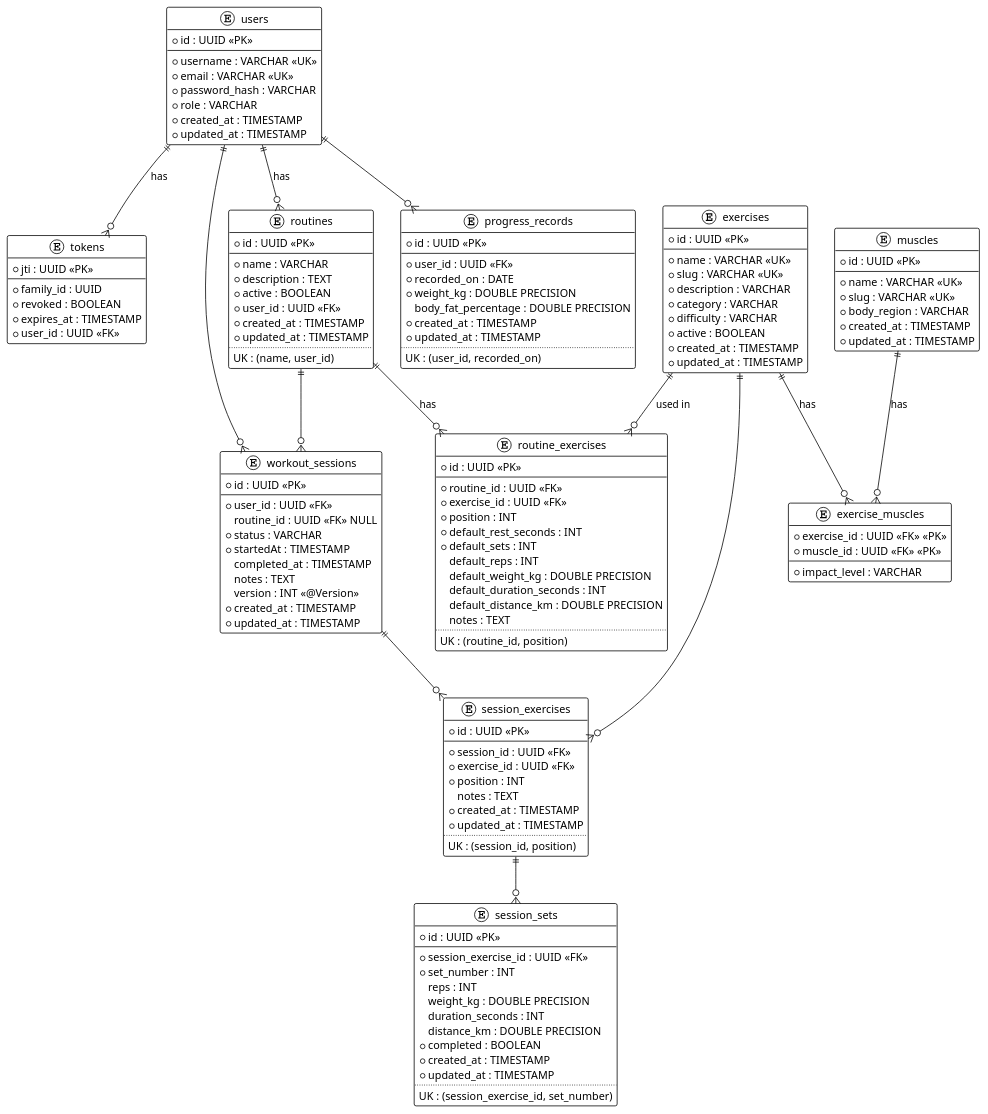
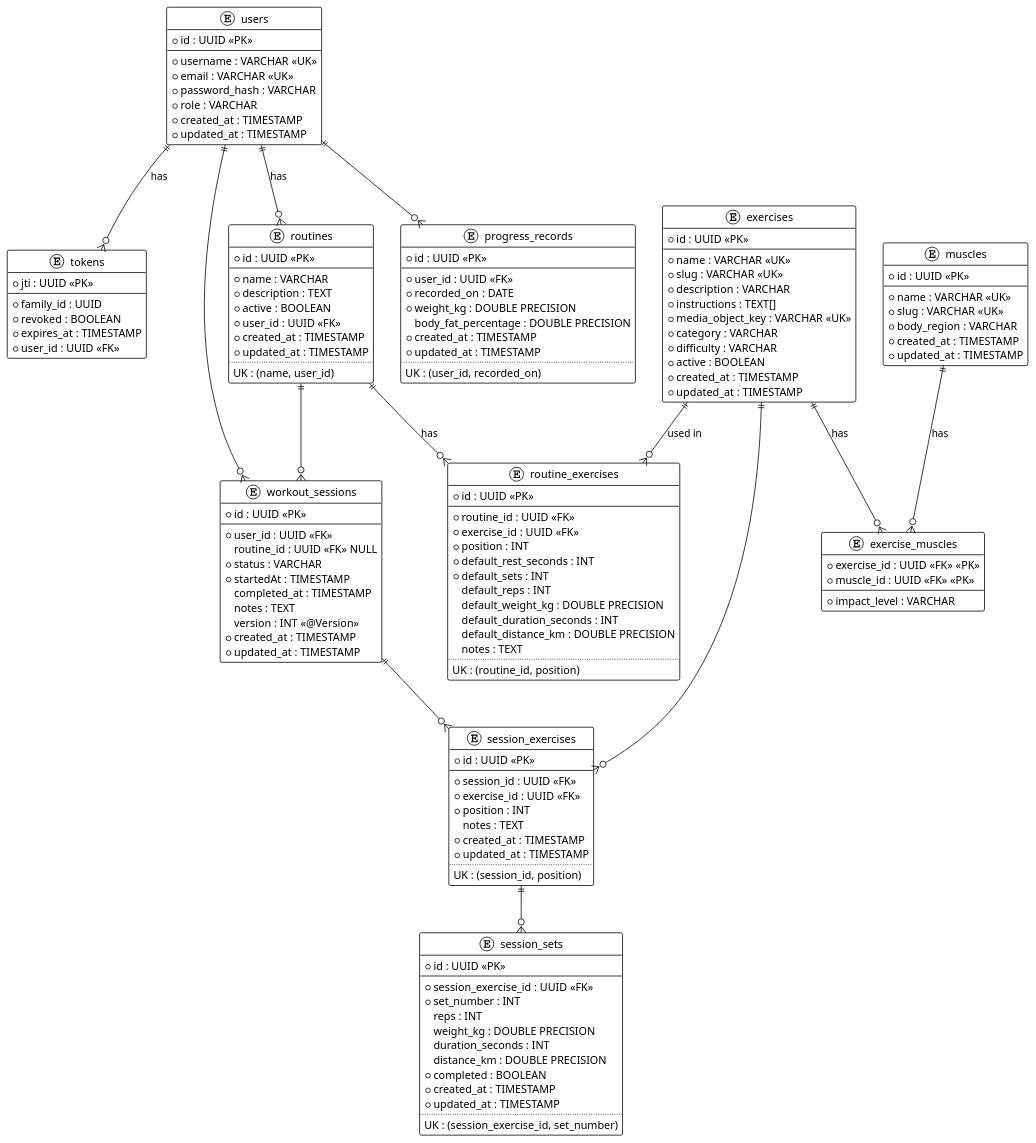
The diagram in docs/er.puml (genesshoan/fitness-tracker-api), drawn with PlantUML before and after one commit. The commit also changed 4 other files, not shown here.

```diff
--- a/docs/er.puml
+++ b/docs/er.puml
@@ -1,153 +1,155 @@
 @startuml
 !theme plain
 
 entity "users" {
     * id : UUID <<PK>>
     --
     * username : VARCHAR <<UK>>
     * email : VARCHAR <<UK>>
     * password_hash : VARCHAR
     * role : VARCHAR
     * created_at : TIMESTAMP
     * updated_at : TIMESTAMP
 }
 
 entity "tokens" {
     * jti : UUID <<PK>>
     --
     * family_id : UUID
     * revoked : BOOLEAN
     * expires_at : TIMESTAMP
     * user_id : UUID <<FK>>
 }
 
 entity "muscles" {
     * id : UUID <<PK>>
     --
     * name : VARCHAR <<UK>>
     * slug : VARCHAR <<UK>>
     * body_region : VARCHAR
     * created_at : TIMESTAMP
     * updated_at : TIMESTAMP
 }
 
 entity "exercises" {
     * id : UUID <<PK>>
     --
     * name : VARCHAR <<UK>>
     * slug : VARCHAR <<UK>>
     * description : VARCHAR
+    * instructions : TEXT[]
+    * media_object_key : VARCHAR <<UK>>
     * category : VARCHAR
     * difficulty : VARCHAR
     * active : BOOLEAN
     * created_at : TIMESTAMP
     * updated_at : TIMESTAMP
 }
 
 entity "exercise_muscles" {
     * exercise_id : UUID <<FK>> <<PK>>
     * muscle_id : UUID <<FK>> <<PK>>
     --
     * impact_level : VARCHAR
 }
 
 entity "routines" {
     * id : UUID <<PK>>
     --
     * name : VARCHAR
     * description : TEXT
     * active : BOOLEAN
     * user_id : UUID <<FK>>
     * created_at : TIMESTAMP
     * updated_at : TIMESTAMP
     ..
     UK : (name, user_id)
 }
 
 entity "routine_exercises" {
     * id : UUID <<PK>>
     --
     * routine_id : UUID <<FK>>
     * exercise_id : UUID <<FK>>
     * position : INT
     * default_rest_seconds : INT
     * default_sets : INT
     default_reps : INT
     default_weight_kg : DOUBLE PRECISION
     default_duration_seconds : INT
     default_distance_km : DOUBLE PRECISION
     notes : TEXT
     ..
     UK : (routine_id, position)
 }
 
 entity "workout_sessions" {
     * id : UUID <<PK>>
     --
     * user_id : UUID <<FK>>
     routine_id : UUID <<FK>> NULL
     * status : VARCHAR
     * startedAt : TIMESTAMP
     completed_at : TIMESTAMP
     notes : TEXT
     version : INT <<@Version>>
     * created_at : TIMESTAMP
     * updated_at : TIMESTAMP
 }
 
 entity "session_exercises" {
     * id : UUID <<PK>>
     --
     * session_id : UUID <<FK>>
     * exercise_id : UUID <<FK>>
     * position : INT
     notes : TEXT
     * created_at : TIMESTAMP
     * updated_at : TIMESTAMP
     ..
     UK : (session_id, position)
 }
 
 entity "session_sets" {
     * id : UUID <<PK>>
     --
     * session_exercise_id : UUID <<FK>>
     * set_number : INT
     reps : INT
     weight_kg : DOUBLE PRECISION
     duration_seconds : INT
     distance_km : DOUBLE PRECISION
     * completed : BOOLEAN
     * created_at : TIMESTAMP
     * updated_at : TIMESTAMP
     ..
     UK : (session_exercise_id, set_number)
 }
 
 entity "progress_records" {
     * id : UUID <<PK>>
     --
     * user_id : UUID <<FK>>
     * recorded_on : DATE
     * weight_kg : DOUBLE PRECISION
     body_fat_percentage : DOUBLE PRECISION
     * created_at : TIMESTAMP
     * updated_at : TIMESTAMP
     ..
     UK : (user_id, recorded_on)
 }
 
 "exercises" ||--o{ "exercise_muscles" : "has"
 "muscles" ||--o{ "exercise_muscles" : "has"
 "users" ||--o{ "tokens" : "has"
 "users" ||--o{ "routines" : "has"
 "routines" ||--o{ "routine_exercises" : "has"
 "exercises" ||--o{ "routine_exercises" : "used in"
 "users" ||--o{ "workout_sessions"
 "routines" ||--o{ "workout_sessions"
 "workout_sessions" ||--o{ "session_exercises"
 "exercises" ||--o{ "session_exercises"
 "session_exercises" ||--o{ "session_sets"
 "users" ||--o{ "progress_records"
 
 @enduml
```
